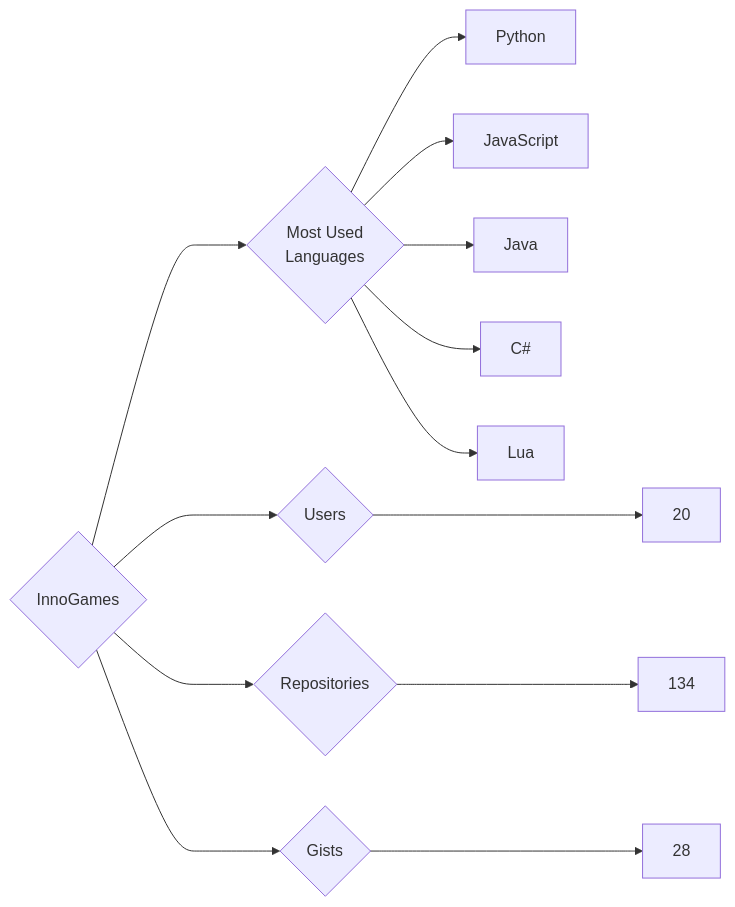
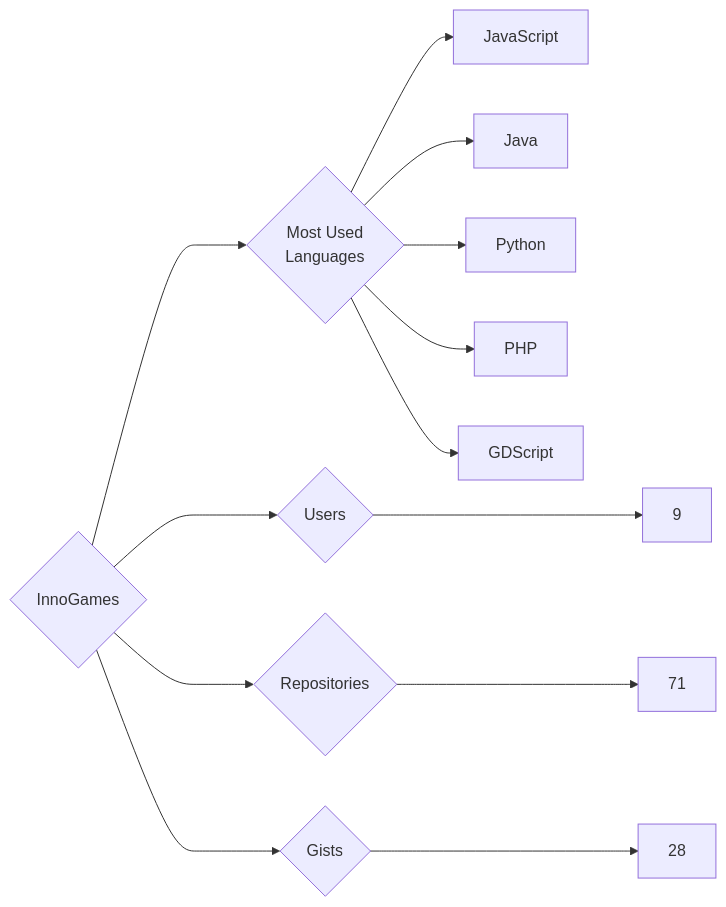
The diagram in targets/InnoGames/README.md (trickest/insiders), drawn with Mermaid before and after one commit. The commit also changed 715 other files, not shown here.

````diff
--- a/targets/InnoGames/README.md
+++ b/targets/InnoGames/README.md
@@ -3,13 +3,13 @@
 ```mermaid
 graph LR
 COMPANY_NAME{InnoGames}
-COMPANY_NAME ---> U{Users} ---> UN[20]
-COMPANY_NAME ---> R{Repositories} ---> RN[134]
+COMPANY_NAME ---> U{Users} ---> UN[9]
+COMPANY_NAME ---> R{Repositories} ---> RN[71]
 COMPANY_NAME ---> G{Gists} ---> GN[28]
 COMPANY_NAME ---> ML{Most Used<br>Languages}
-ML --> Python[Python]
 ML --> JavaScript[JavaScript]
 ML --> Java[Java]
-ML --> C#[C#]
-ML --> Lua[Lua]
+ML --> Python[Python]
+ML --> PHP[PHP]
+ML --> GDScript[GDScript]
 ```
````
